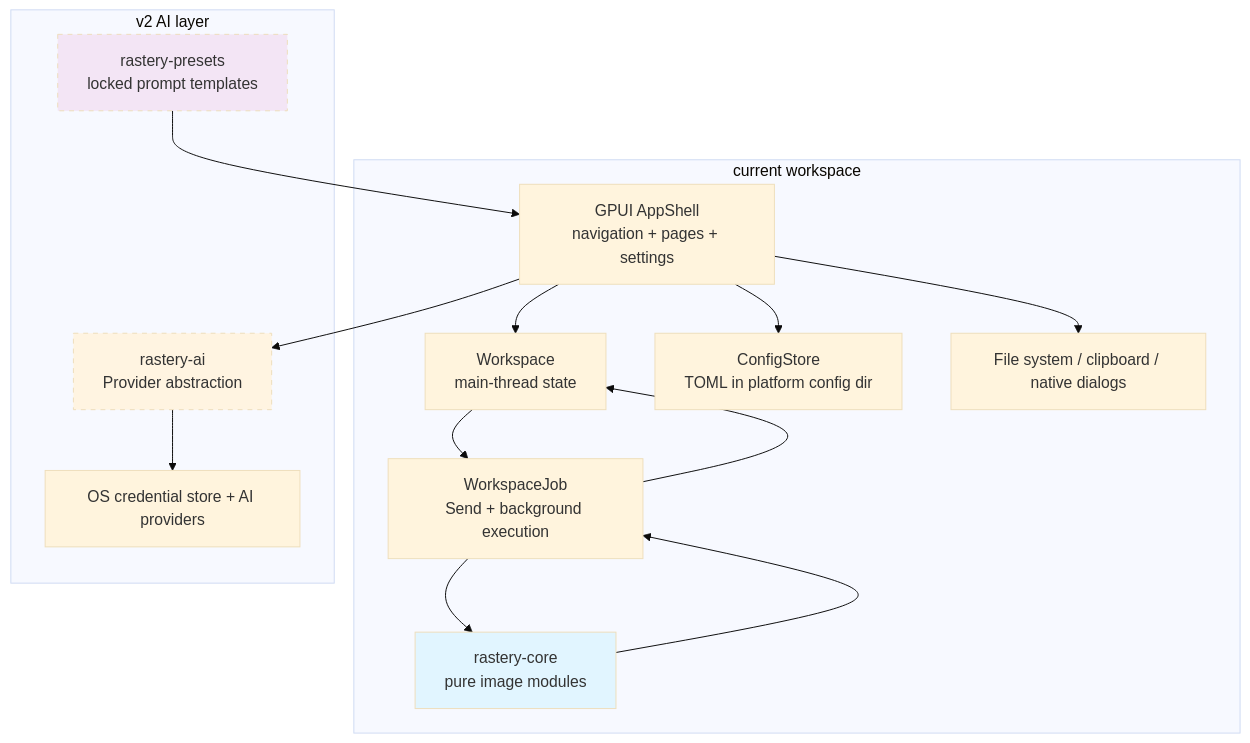
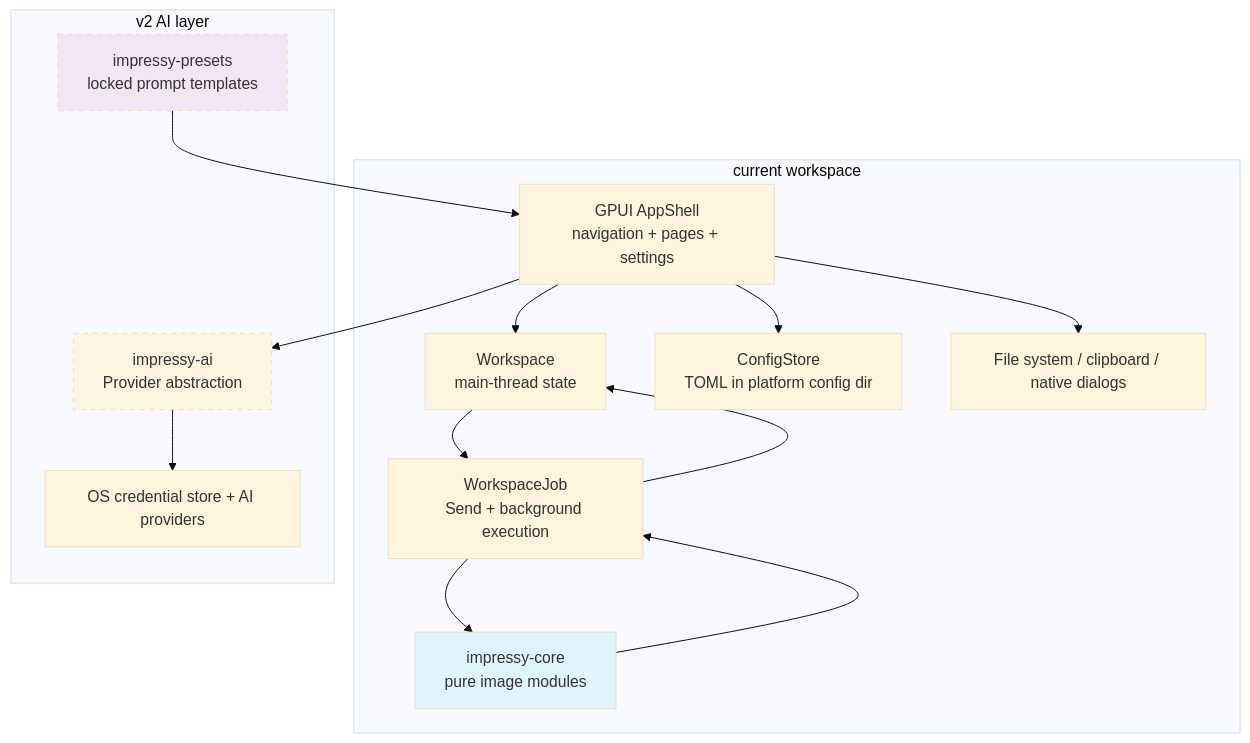
One commit to willmove/impressy changed the first of 2 diagrams in docs/spec/design.md. Above: the diagram before and after it, drawn with Mermaid (base theme). The commit also changed other lines of this file and 177 other files, not shown here.

Commit message:
Rename project from Rastery to Impressy

````diff
--- a/docs/spec/design.md
+++ b/docs/spec/design.md
@@ -58,32 +58,32 @@
 ```mermaid
 graph TB
     subgraph "current workspace"
         A["GPUI AppShell<br/>navigation + pages + settings"]
         B["Workspace<br/>main-thread state"]
         C["WorkspaceJob<br/>Send + background execution"]
-        D["rastery-core<br/>pure image modules"]
+        D["impressy-core<br/>pure image modules"]
         E["ConfigStore<br/>TOML in platform config dir"]
         F["File system / clipboard / native dialogs"]
     end
 
     subgraph "v2 AI layer"
-        G["rastery-ai<br/>Provider abstraction"]
-        H["rastery-presets<br/>locked prompt templates"]
+        G["impressy-ai<br/>Provider abstraction"]
+        H["impressy-presets<br/>locked prompt templates"]
         I["OS credential store + AI providers"]
     end
 
     A --> B
     B --> C
     C --> D
     D --> C
     C --> B
     A --> E
     A --> F
     A --> G
     G --> I
     H --> A
 
     style D fill:#e1f5ff
     style G fill:#fff4e1,stroke-dasharray: 5 5
     style H fill:#f3e5f5,stroke-dasharray: 5 5
 ```
````
